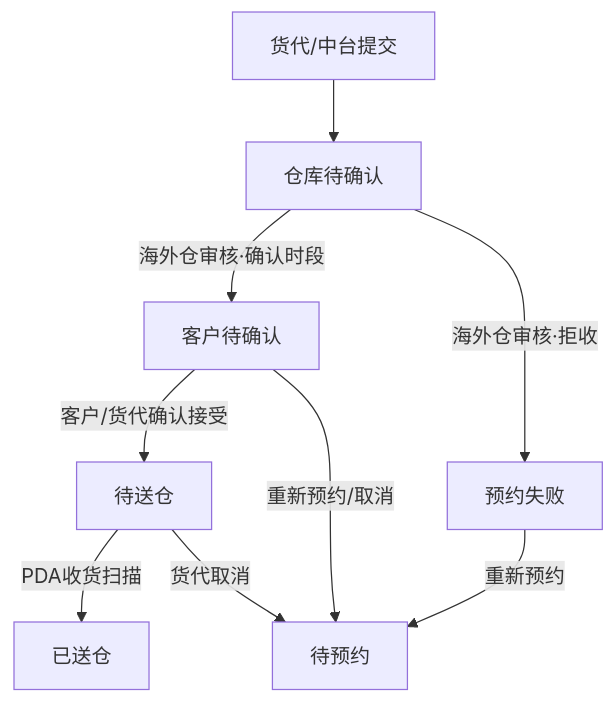
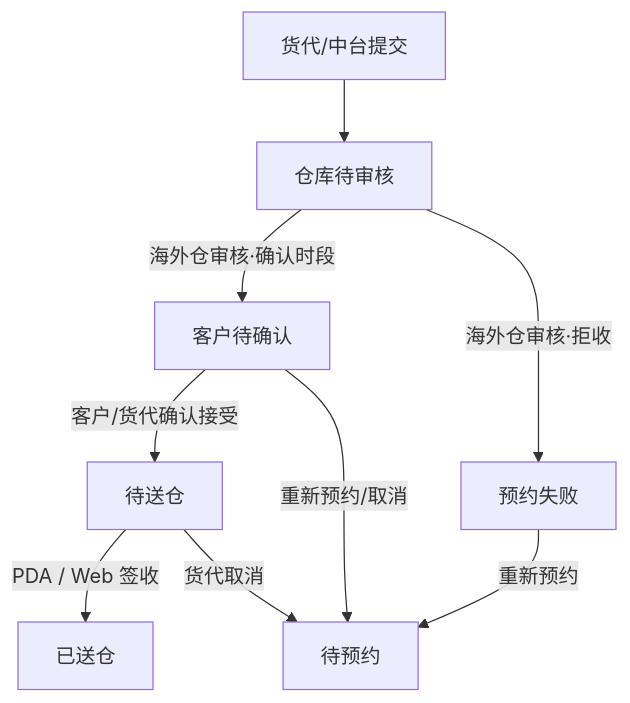
The first of 2 diagrams in docs/海外仓预约送仓需求文档.md (changkimfung/WedoBooking), drawn with Mermaid before and after one commit. The commit also changed other lines of this file and 181 other files, not shown here.

````diff
--- a/docs/海外仓预约送仓需求文档.md
+++ b/docs/海外仓预约送仓需求文档.md
@@ -80,11 +90,11 @@
 ```mermaid
 flowchart TD
-    A[货代/中台提交] --> B[仓库待确认]
+    A[货代/中台提交] --> B[仓库待审核]
     B -->|海外仓审核·确认时段| C[客户待确认]
     B -->|海外仓审核·拒收| D[预约失败]
     C -->|客户/货代确认接受| E[待送仓]
     C -->|重新预约/取消| F[待预约]
-    E -->|PDA收货扫描| G[已送仓]
+    E -->|PDA / Web 签收| G[已送仓]
     E -->|货代取消| F
     D -->|重新预约| F
 ```
````
